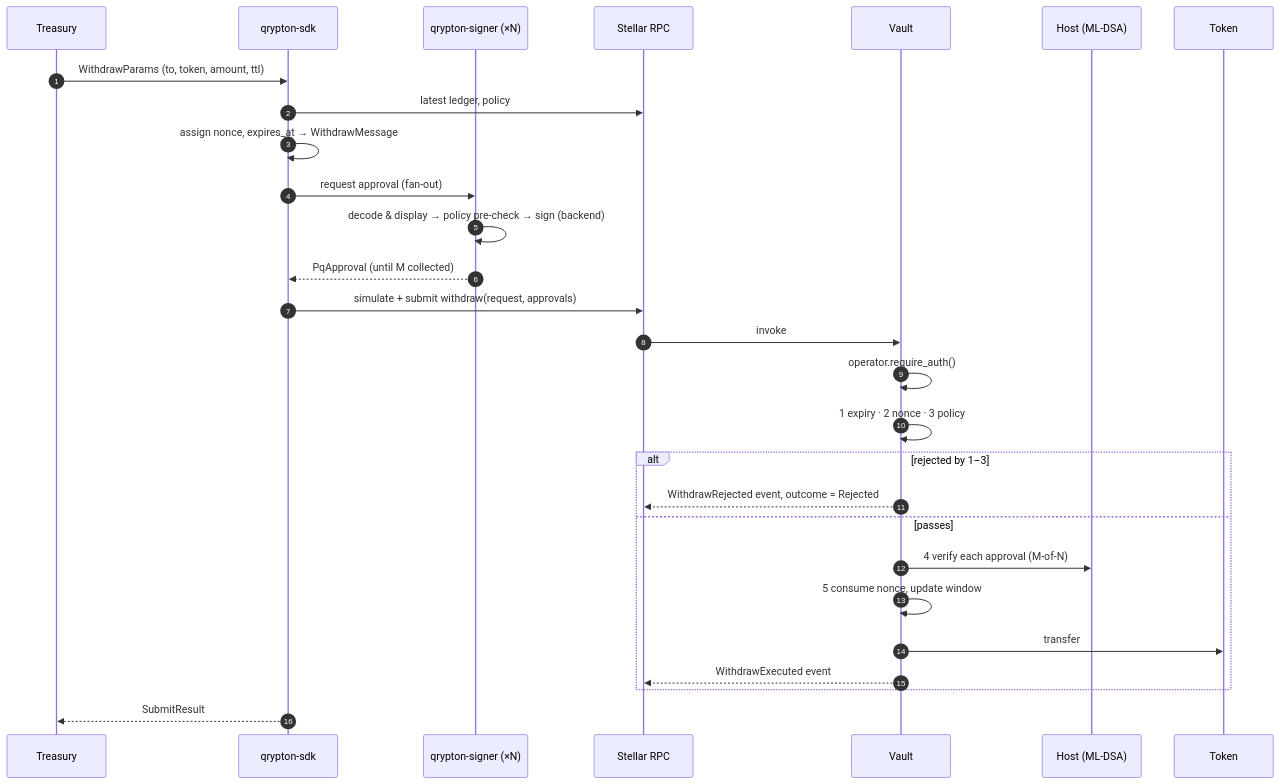
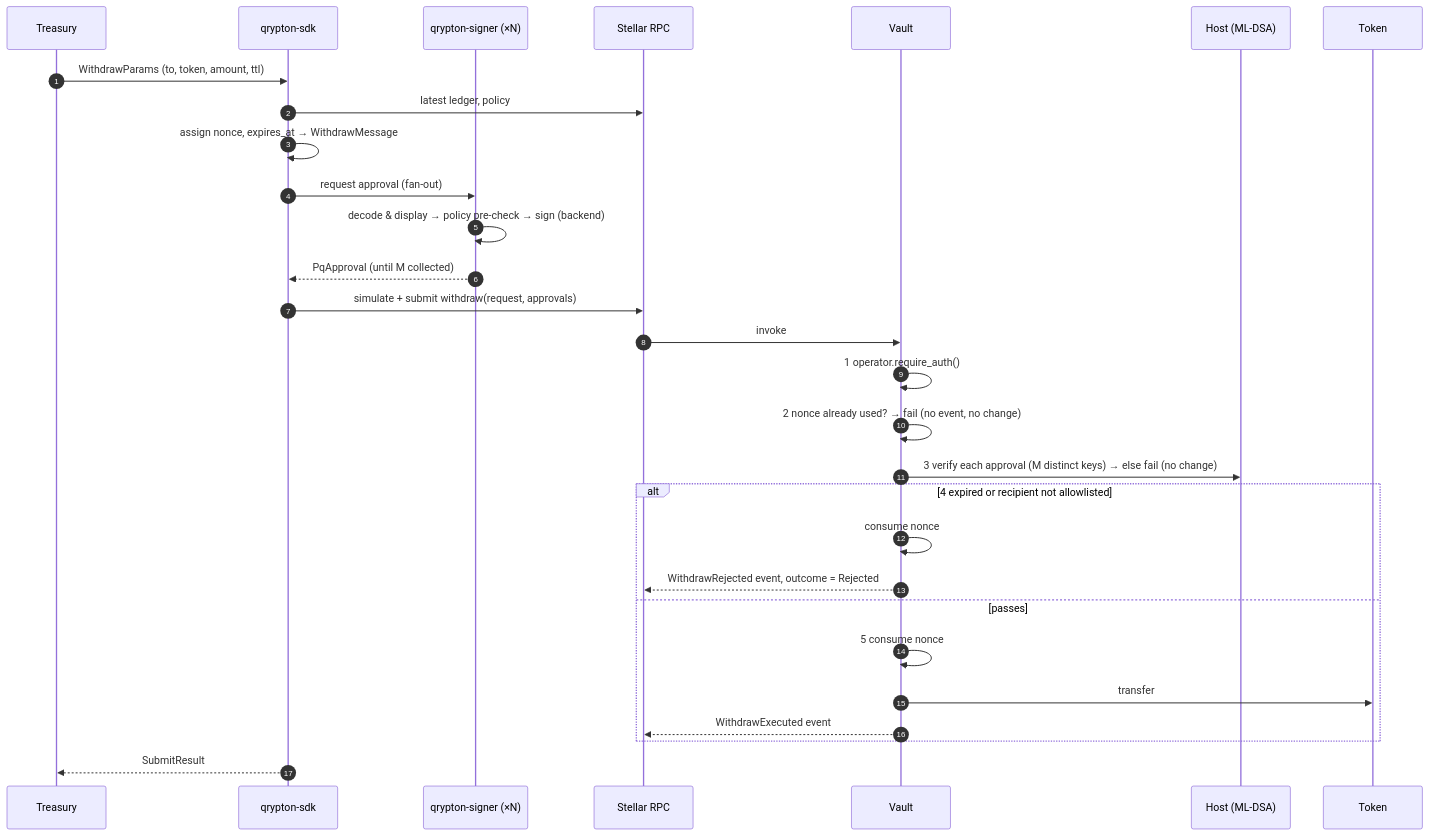
The second of 3 diagrams in docs/architecture.md (osdeniz/qrypton-vault), drawn with Mermaid before and after one commit. The commit also changed other lines of this file and 2 other files, not shown here.

Commit message:
docs: document the withdrawal check order, replay and nonce-burn protections, and the current proof's scope

````diff
--- a/docs/architecture.md
+++ b/docs/architecture.md
@@ -115,31 +115,32 @@
 ```mermaid
 sequenceDiagram
     autonumber
     participant Op as Treasury
     participant SDK as qrypton-sdk
     participant S as qrypton-signer (×N)
     participant RPC as Stellar RPC
     participant V as Vault
     participant H as Host (ML-DSA)
     participant T as Token
 
     Op->>SDK: WithdrawParams (to, token, amount, ttl)
     SDK->>RPC: latest ledger, policy
     SDK->>SDK: assign nonce, expires_at → WithdrawMessage
     SDK->>S: request approval (fan-out)
     S->>S: decode & display → policy pre-check → sign (backend)
     S-->>SDK: PqApproval (until M collected)
     SDK->>RPC: simulate + submit withdraw(request, approvals)
     RPC->>V: invoke
-    V->>V: operator.require_auth()
-    V->>V: 1 expiry · 2 nonce · 3 policy
-    alt rejected by 1–3
+    V->>V: 1 operator.require_auth()
+    V->>V: 2 nonce already used? → fail (no event, no change)
+    V->>H: 3 verify each approval (M distinct keys) → else fail (no change)
+    alt 4 expired or recipient not allowlisted
+        V->>V: consume nonce
         V-->>RPC: WithdrawRejected event, outcome = Rejected
     else passes
-        V->>H: 4 verify each approval (M-of-N)
-        V->>V: 5 consume nonce, update window
+        V->>V: 5 consume nonce
         V->>T: transfer
         V-->>RPC: WithdrawExecuted event
     end
     SDK-->>Op: SubmitResult
 ```
````
